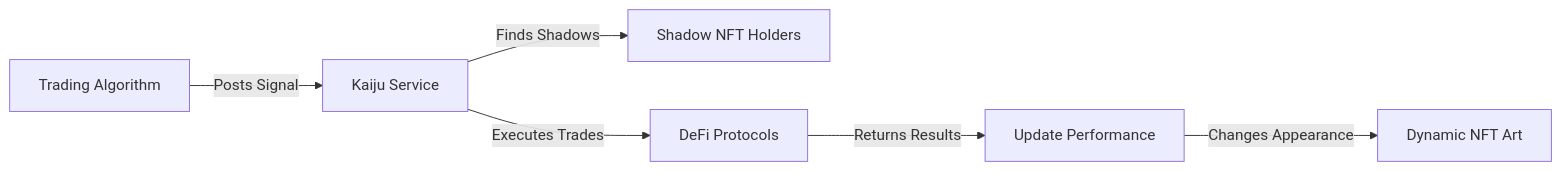
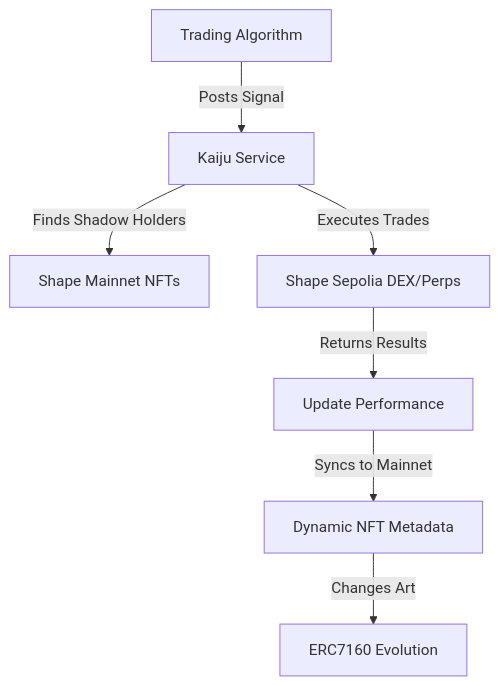
Before and after one commit to CipherKuma/Kaiju-no-69: the diagram in README.md, drawn with Mermaid. The commit also changed other lines of this file and 23 other files, not shown here.

````diff
--- a/README.md
+++ b/README.md
@@ -57,8 +57,9 @@
 ```mermaid
-graph LR
+graph TB
     A[Trading Algorithm] -->|Posts Signal| B[Kaiju Service]
-    B -->|Finds Shadows| C[Shadow NFT Holders]
-    B -->|Executes Trades| D[DeFi Protocols]
+    B -->|Finds Shadow Holders| C[Shape Mainnet NFTs]
+    B -->|Executes Trades| D[Shape Sepolia DEX/Perps]
     D -->|Returns Results| E[Update Performance]
-    E -->|Changes Appearance| F[Dynamic NFT Art]
+    E -->|Syncs to Mainnet| F[Dynamic NFT Metadata]
+    F -->|Changes Art| G[ERC7160 Evolution]
 ```
````
